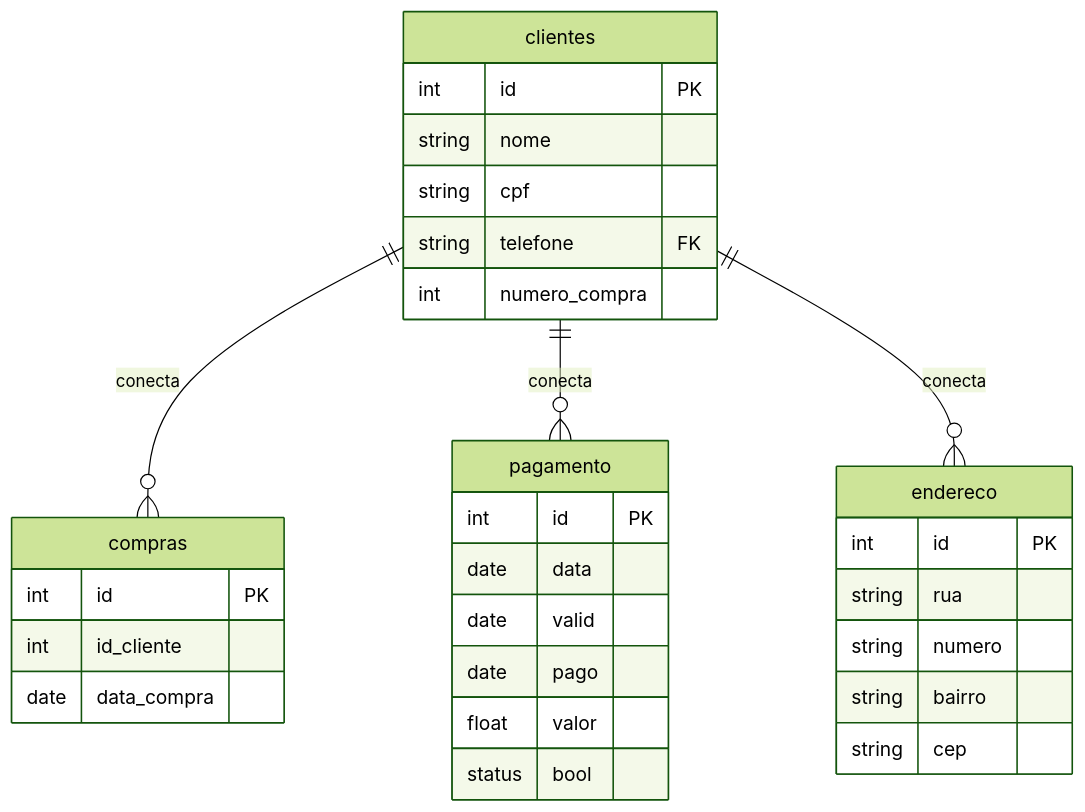
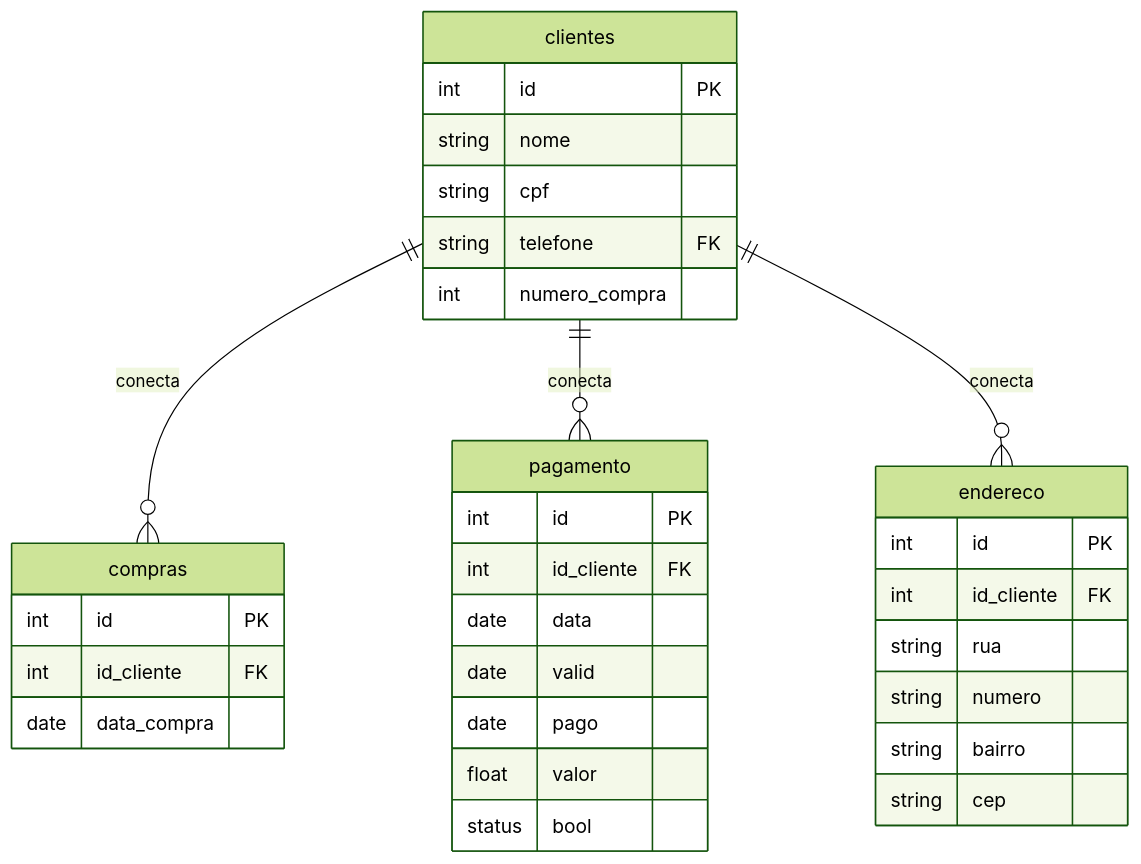
The diagram in tbl_clientes_compras.md (joaorbm09/banco_de_dados), drawn with Mermaid (forest theme) before and after one commit.

Commit message:
atividades de banco de dados

````diff
--- a/tbl_clientes_compras.md
+++ b/tbl_clientes_compras.md
@@ -3,37 +3,39 @@
 ``` mermaid
     erDiagram
         clientes{
             int id PK
             string nome
             string cpf
             string telefone
             FK int numero_compra
         }
 
     compras { 
         int id PK
-        int id_cliente
+        int id_cliente FK
         date data_compra
     }
 
     pagamento{
         int id PK
+        int id_cliente FK
         date data
         date valid
         date pago
         float valor
         status bool 
     }
 
     endereco{
         int id PK
+        int id_cliente FK
         string rua
         string numero
         string bairro
         string cep
     }
 
     clientes ||--o{ compras: "conecta"
     clientes ||--o{ pagamento: "conecta"
     clientes ||--o{ endereco: "conecta"
 ```
````
